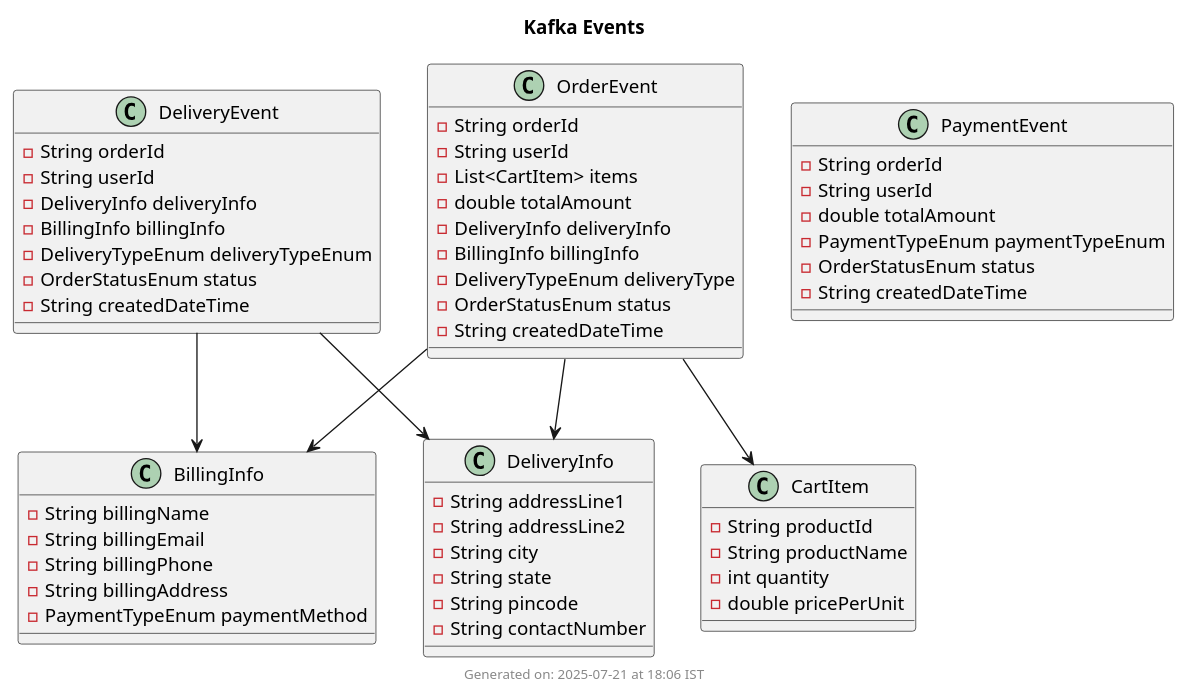
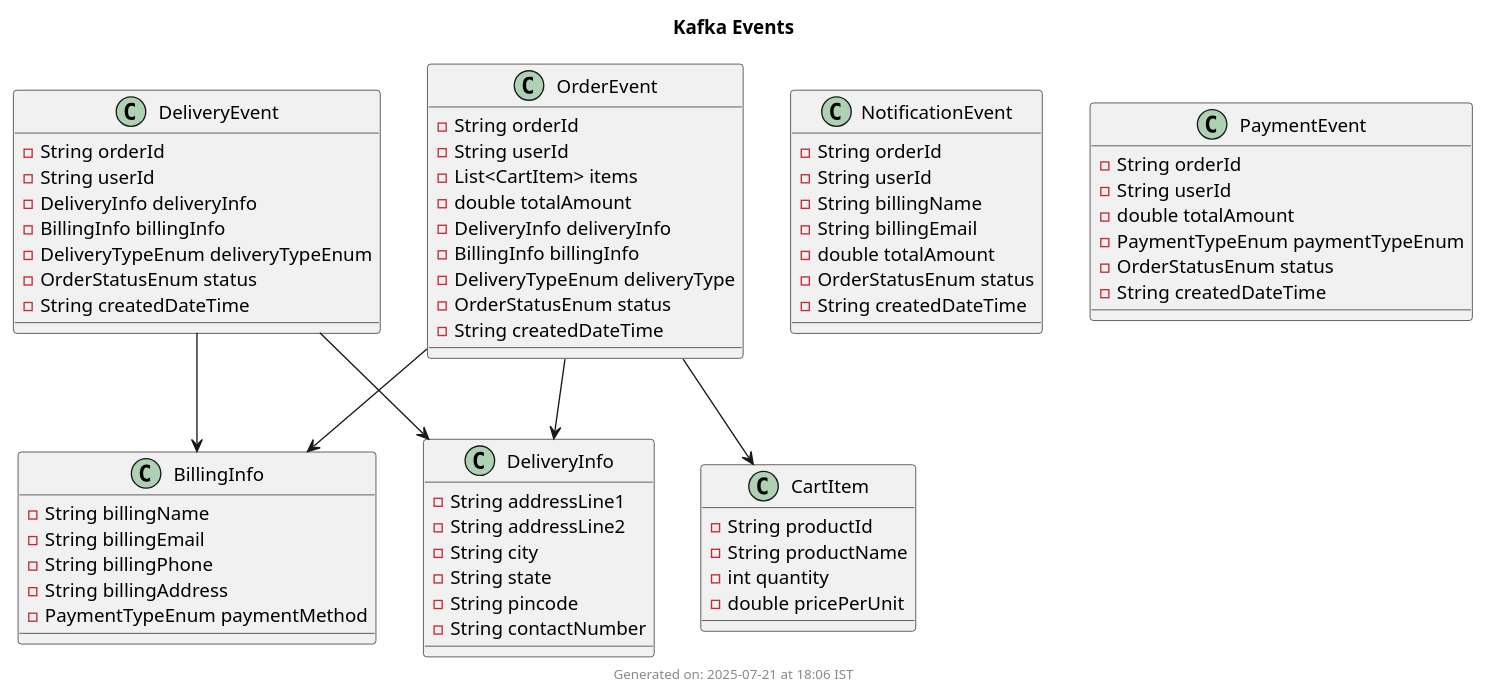
One commit to naveenkumar773747/ecommerce-common-lib changed the diagram in src/main/java/com/ecommerce/shared/puml/KafkaEvents.puml. Above: the diagram before and after it, drawn with PlantUML. The commit also changed 5 other files, not shown here.

```diff
--- a/src/main/java/com/ecommerce/shared/puml/KafkaEvents.puml
+++ b/src/main/java/com/ecommerce/shared/puml/KafkaEvents.puml
@@ -1,70 +1,80 @@
 @startuml
 
 title Kafka Events
 
 footer Generated on: 2025-07-21 at 18:06 IST
 
 class OrderEvent {
     -  String orderId
     -  String userId
     -  List<CartItem> items
     -  double totalAmount
     -  DeliveryInfo deliveryInfo
     -  BillingInfo billingInfo
     -  DeliveryTypeEnum deliveryType
     -  OrderStatusEnum status
     -  String createdDateTime
+}
+
+class NotificationEvent {
+    - String orderId
+    - String userId
+    - String billingName
+    - String billingEmail
+    - double totalAmount
+    - OrderStatusEnum status
+    - String createdDateTime
 }
 
 class DeliveryEvent {
     -  String orderId
     -  String userId
     -  DeliveryInfo deliveryInfo
     -  BillingInfo billingInfo
     -  DeliveryTypeEnum deliveryTypeEnum
     -  OrderStatusEnum status
     -  String createdDateTime
 }
 
 class PaymentEvent {
     -  String orderId
     -  String userId
     -  double totalAmount
     -  PaymentTypeEnum paymentTypeEnum
     -  OrderStatusEnum status
     -  String createdDateTime
 }
 
 class DeliveryInfo {
   - String addressLine1
   - String addressLine2
   - String city
   - String state
   - String pincode
   - String contactNumber
 }
 
 class BillingInfo {
   - String billingName
   - String billingEmail
   - String billingPhone
   - String billingAddress
   - PaymentTypeEnum paymentMethod
 }
 
 class CartItem {
   - String productId
   - String productName
   - int quantity
   - double pricePerUnit
 }
 
 OrderEvent --> DeliveryInfo
 OrderEvent --> BillingInfo
 OrderEvent --> CartItem
 DeliveryEvent --> DeliveryInfo
 DeliveryEvent --> BillingInfo
 
 
 
 @enduml
```
